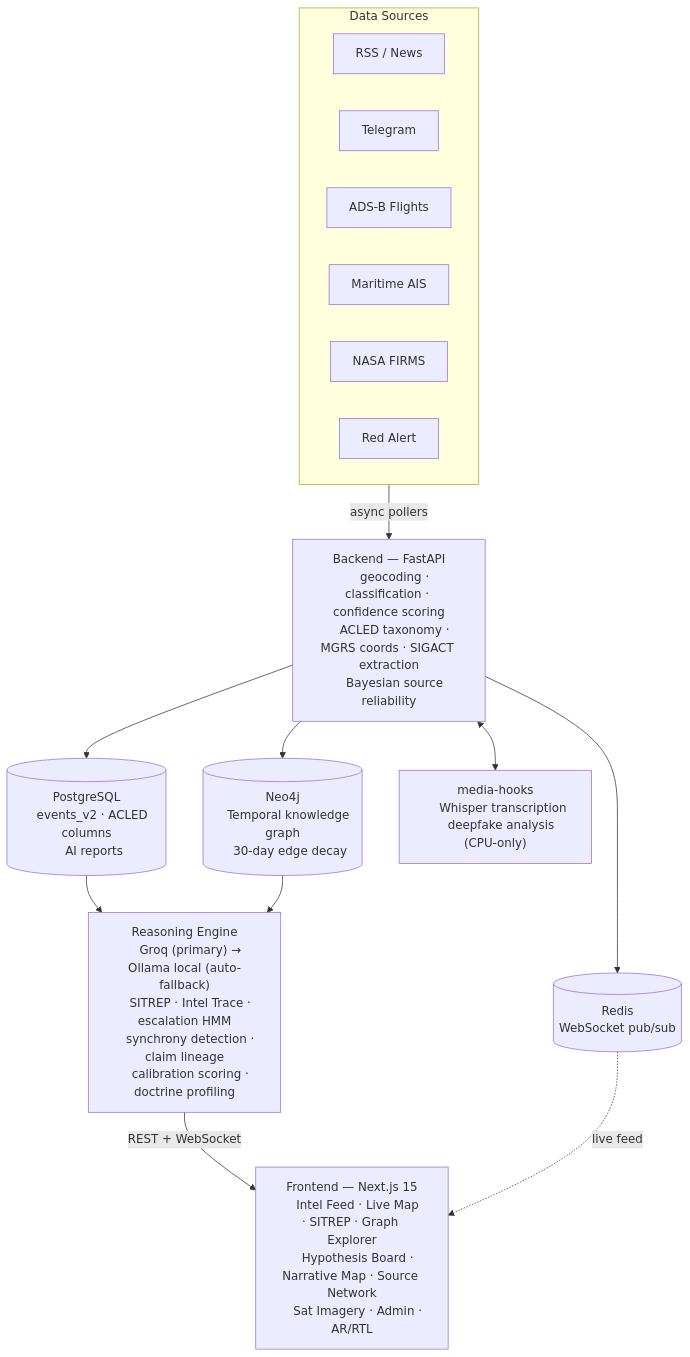
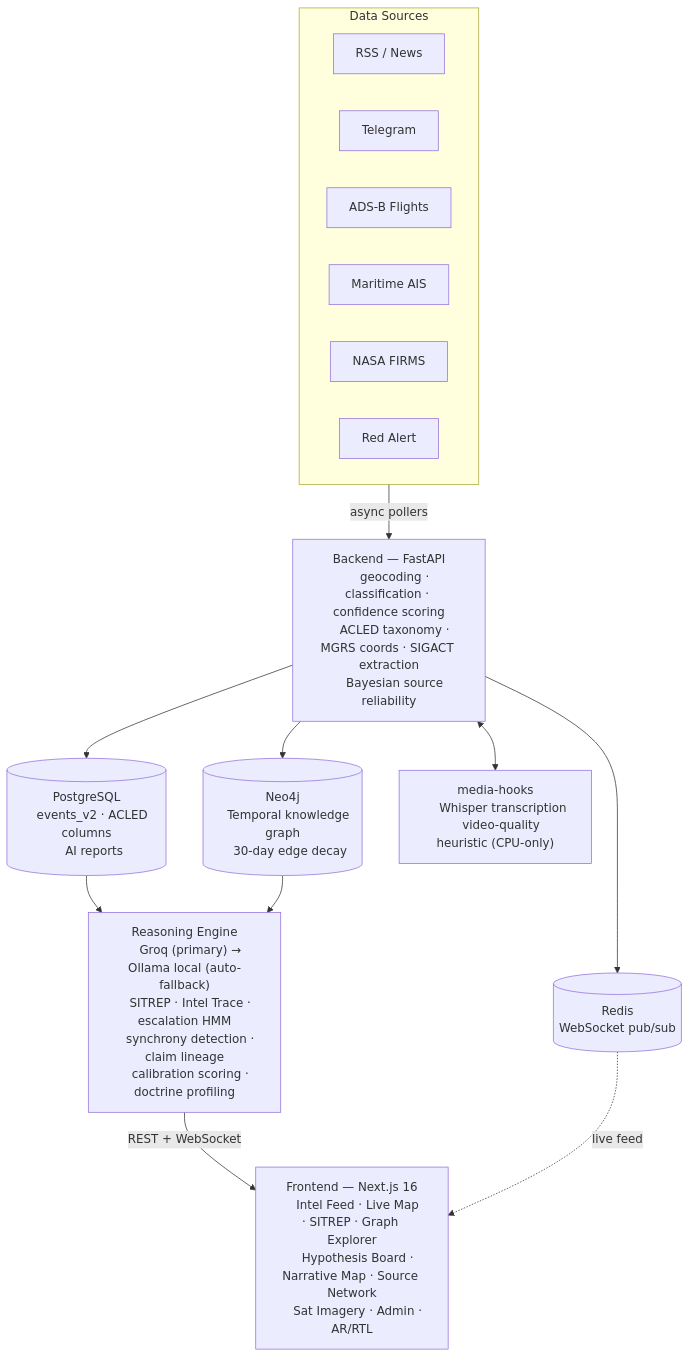
The diagram in README.md (rjaada/OSINT-NEXUS), drawn with Mermaid before and after one commit. The commit also changed other lines of this file and 77 other files, not shown here.

````diff
--- a/README.md
+++ b/README.md
@@ -90,49 +90,49 @@
 ```mermaid
 flowchart TD
     subgraph SRC["Data Sources"]
         direction LR
         RSS["RSS / News"]
         TG["Telegram"]
         ADSB["ADS-B Flights"]
         AIS["Maritime AIS"]
         FIRMS["NASA FIRMS"]
         ALERT["Red Alert"]
     end
 
     SRC -->|async pollers| BE
 
     BE["Backend — FastAPI
     geocoding · classification · confidence scoring
     ACLED taxonomy · MGRS coords · SIGACT extraction
     Bayesian source reliability"]
 
     BE --> PG[("PostgreSQL
     events_v2 · ACLED columns
     AI reports")]
     BE --> NEO[("Neo4j
     Temporal knowledge graph
     30-day edge decay")]
     BE --> REDIS[("Redis
     WebSocket pub/sub")]
     BE <--> MEDIA["media-hooks
     Whisper transcription
-    deepfake analysis (CPU-only)"]
+    video-quality heuristic (CPU-only)"]
 
     PG --> RE
     NEO --> RE
 
     RE["Reasoning Engine
     Groq (primary) → Ollama local (auto-fallback)
     SITREP · Intel Trace · escalation HMM
     synchrony detection · claim lineage
     calibration scoring · doctrine profiling"]
 
     RE -->|REST + WebSocket| FE
 
-    FE["Frontend — Next.js 15
+    FE["Frontend — Next.js 16
     Intel Feed · Live Map · SITREP · Graph Explorer
     Hypothesis Board · Narrative Map · Source Network
     Sat Imagery · Admin · AR/RTL"]
 
     REDIS -.->|live feed| FE
 ```
````
